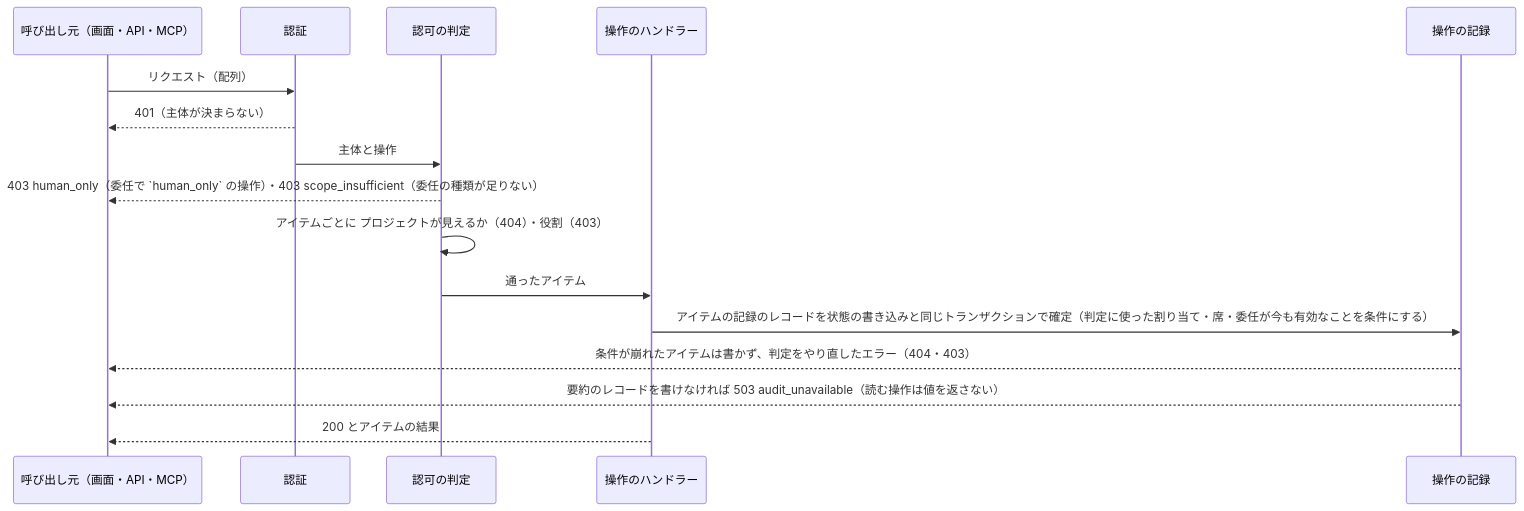
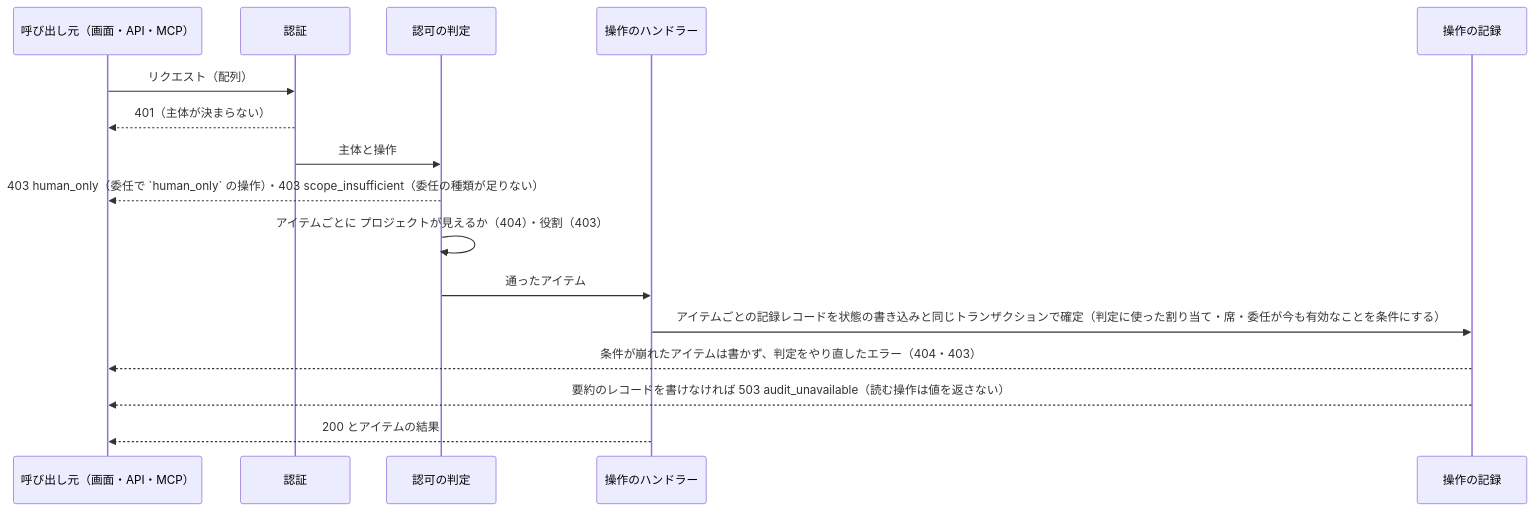
One commit to devbasex/nd-factory changed the first of 4 diagrams in docs/design/api.md. Above: the diagram before and after it, drawn with Mermaid. The commit also changed other lines of this file and 8 other files, not shown here.

````diff
--- a/docs/design/api.md
+++ b/docs/design/api.md
@@ -433,18 +433,18 @@
 ```mermaid
 sequenceDiagram
     participant C as 呼び出し元（画面・API・MCP）
     participant A as 認証
     participant Z as 認可の判定
     participant H as 操作のハンドラー
     participant L as 操作の記録
     C->>A: リクエスト（配列）
     A-->>C: 401（主体が決まらない）
     A->>Z: 主体と操作
     Z-->>C: 403 human_only（委任で `human_only` の操作）・403 scope_insufficient（委任の種類が足りない）
     Z->>Z: アイテムごとに プロジェクトが見えるか（404）・役割（403）
     Z->>H: 通ったアイテム
-    H->>L: アイテムの記録のレコードを状態の書き込みと同じトランザクションで確定（判定に使った割り当て・席・委任が今も有効なことを条件にする）
+    H->>L: アイテムごとの記録レコードを状態の書き込みと同じトランザクションで確定（判定に使った割り当て・席・委任が今も有効なことを条件にする）
     L-->>C: 条件が崩れたアイテムは書かず、判定をやり直したエラー（404・403）
     L-->>C: 要約のレコードを書けなければ 503 audit_unavailable（読む操作は値を返さない）
     H-->>C: 200 とアイテムの結果
 ```
````
